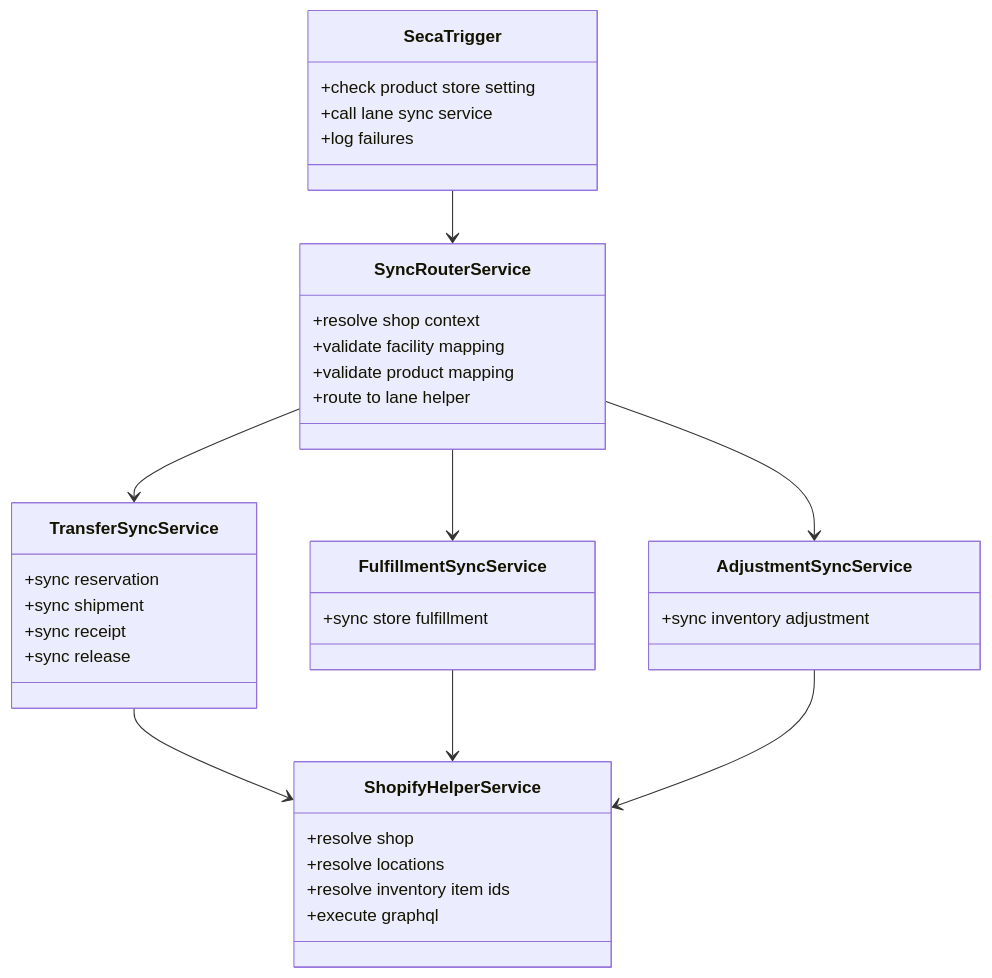
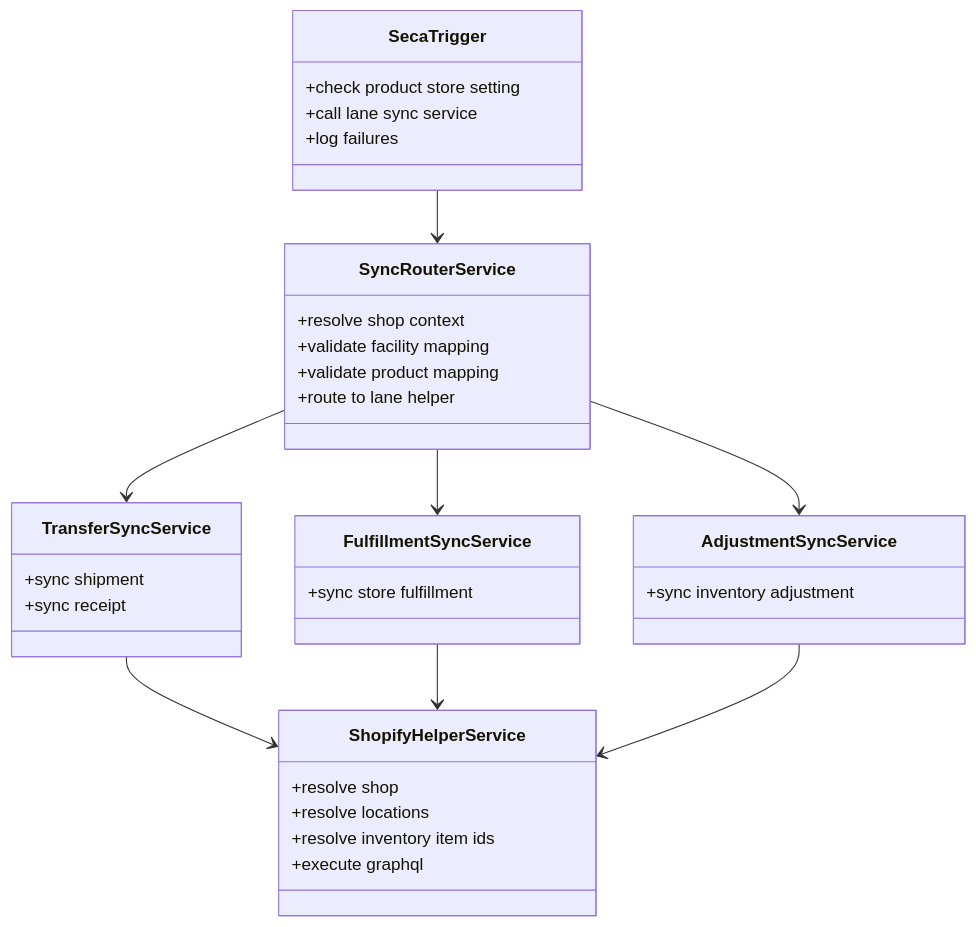
The diagram in project-ideas/shopify-integration/shopify-event-based-inventory-sync-implementation.md (saastechacademy/foundation), drawn with Mermaid before and after one commit. The commit also changed other lines of this file and 1 other file, not shown here.

Commit message:
Limit Shopify inventory sync to store movements

````diff
--- a/project-ideas/shopify-integration/shopify-event-based-inventory-sync-implementation.md
+++ b/project-ideas/shopify-integration/shopify-event-based-inventory-sync-implementation.md
@@ -33,40 +34,38 @@
 ```mermaid
 classDiagram
     class SecaTrigger {
       +check product store setting
       +call lane sync service
       +log failures
     }
     class SyncRouterService {
       +resolve shop context
       +validate facility mapping
       +validate product mapping
       +route to lane helper
     }
     class TransferSyncService {
-      +sync reservation
       +sync shipment
       +sync receipt
-      +sync release
     }
     class FulfillmentSyncService {
       +sync store fulfillment
     }
     class AdjustmentSyncService {
       +sync inventory adjustment
     }
     class ShopifyHelperService {
       +resolve shop
       +resolve locations
       +resolve inventory item ids
       +execute graphql
     }
 
     SecaTrigger --> SyncRouterService
     SyncRouterService --> TransferSyncService
     SyncRouterService --> FulfillmentSyncService
     SyncRouterService --> AdjustmentSyncService
     TransferSyncService --> ShopifyHelperService
     FulfillmentSyncService --> ShopifyHelperService
     AdjustmentSyncService --> ShopifyHelperService
 ```
````
